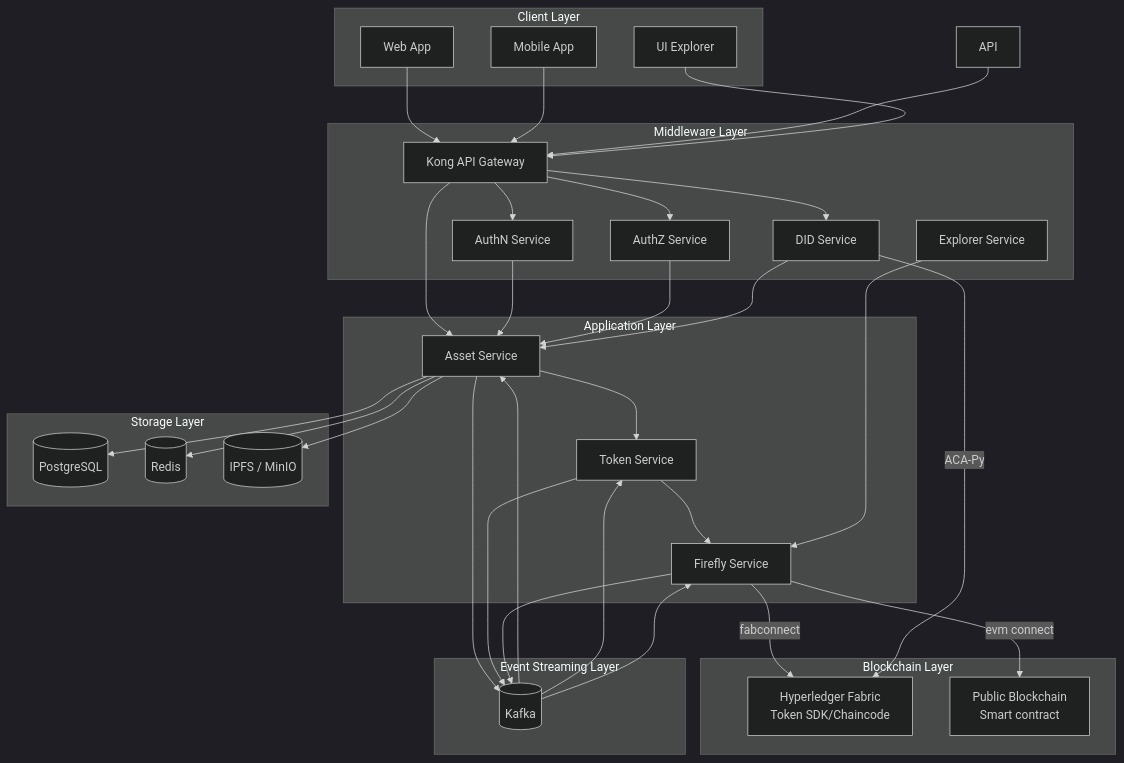
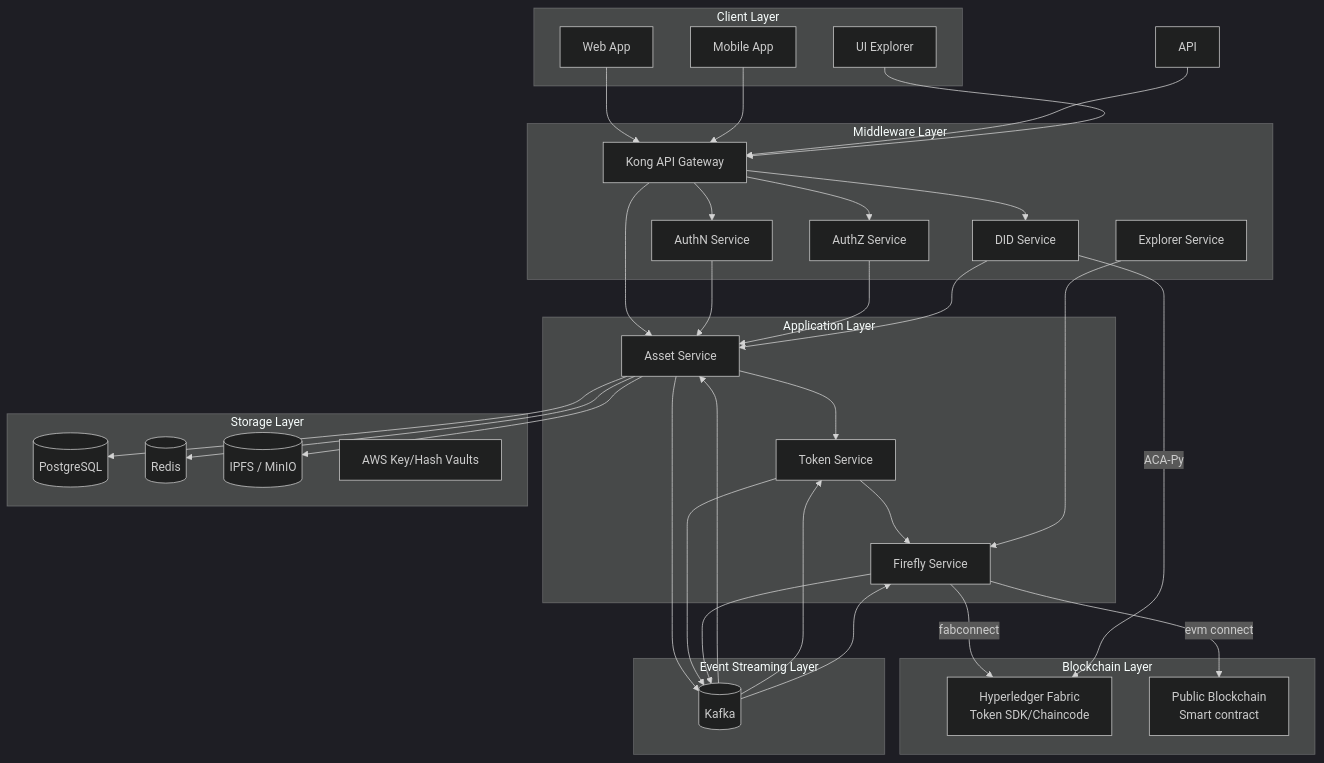
One commit to metafi-blockchain/metafi-digital-assets-service changed the first of 4 diagrams in docs/architecture-design.en.md. Above: the diagram before and after it, drawn with Mermaid (dark theme).

````diff
--- a/docs/architecture-design.en.md
+++ b/docs/architecture-design.en.md
@@ -19,71 +19,72 @@
 ```mermaid
 graph TD
     subgraph "Client Layer"
         Web[Web App]
         Mobile[Mobile App]
         Explorer[UI Explorer]
     end
 
     subgraph "Middleware Layer"
         Gateway[Kong API Gateway]
         AuthN[AuthN Service]
         AuthZ[AuthZ Service]
         DID["DID Service"]
         ExplorerService[Explorer Service]
     end
 
     subgraph "Application Layer"
         Asset[Asset Service]
         Token[Token Service]
         Firefly[Firefly Service]
 
     end
 
     subgraph "Blockchain Layer"
         Fabric["Hyperledger Fabric<br/>Token SDK/Chaincode"]
         PublicChain[Public Blockchain<br/>  Smart contract]
     end
 
     subgraph "Storage Layer"
         DB[(PostgreSQL)]
         Cache[(Redis)]
         Storage[(IPFS / MinIO)]
+        KeyVaults[AWS Key/Hash Vaults]
     end
 
     subgraph "Event Streaming Layer"
         Kafka[(Kafka)]
     end
 
     Web --> Gateway
     Mobile --> Gateway
     API --> Gateway
     Explorer --> Gateway
 
     Gateway --> AuthN
     Gateway --> AuthZ
     Gateway --> Asset
     Gateway --> DID
 
     AuthN --> Asset
     AuthZ --> Asset
     DID --> Asset
 
     Asset --> Token
     Token --> Firefly
     Firefly --> |fabconnect| Fabric
     Firefly --> |evm connect| PublicChain
 
     Asset --> DB
     Asset --> Cache
     Asset --> Storage
     DID -->|ACA-Py| Fabric
 
     Asset --> Kafka
     Kafka --> Asset
     Token --> Kafka
     Kafka --> Token
     Firefly --> Kafka
     Kafka --> Firefly
 
     ExplorerService --> Firefly
 ```
````
